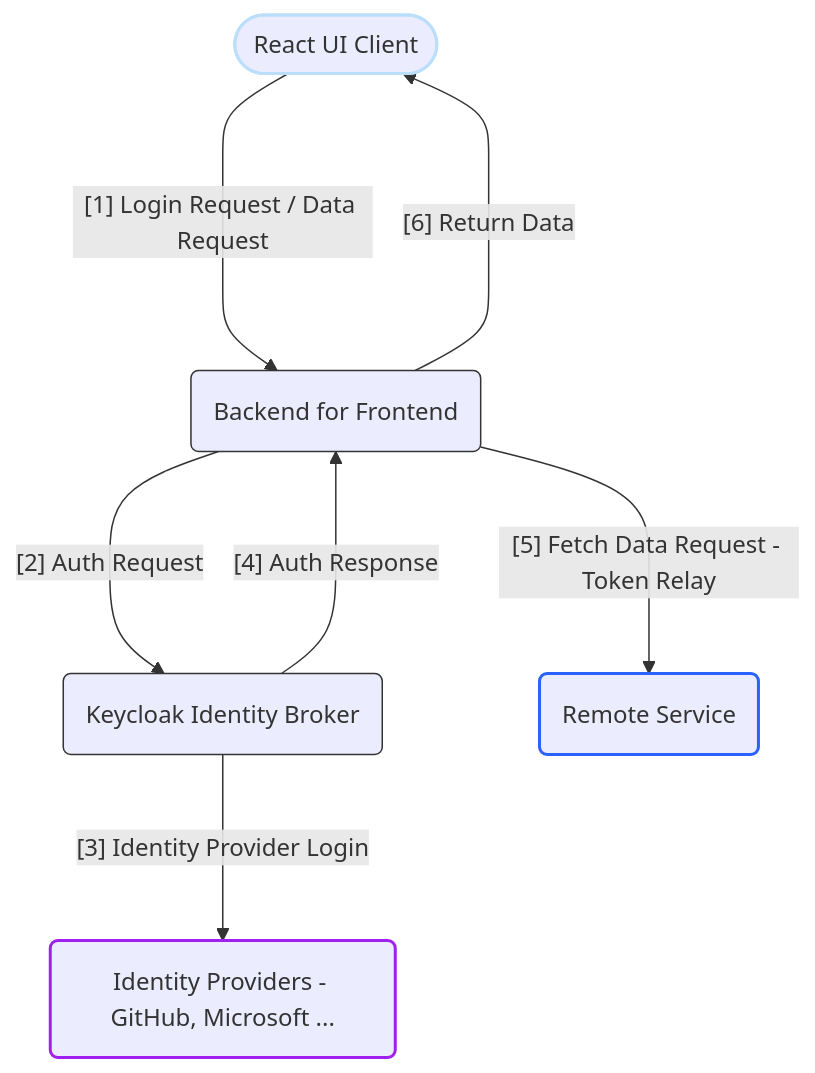
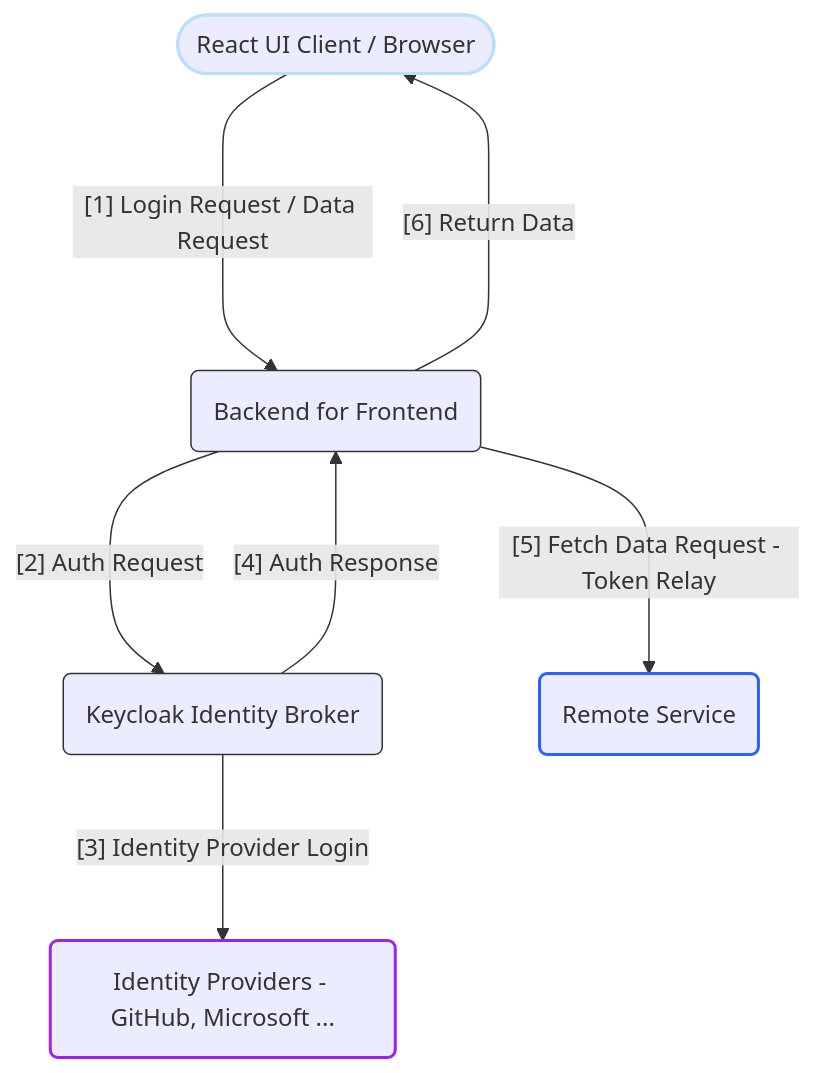
One commit to CynicDog/CynicDog.github.io changed the diagram in _posts/2024-09-26-cloud-native-spring-with-spa-and-key-cloak.md. Above: the diagram before and after it, drawn with Mermaid.

````diff
--- a/_posts/2024-09-26-cloud-native-spring-with-spa-and-key-cloak.md
+++ b/_posts/2024-09-26-cloud-native-spring-with-spa-and-key-cloak.md
@@ -22,21 +22,21 @@
 ```mermaid 
 flowchart TD
-    A([React UI Client]) ----> |"[1] Login Request / Data Request"| B(Backend for Frontend)
+    A([React UI Client / Browser ]) ----> |"[1] Login Request / Data Request"| B(Backend for Frontend)
     B ---> |"[2] Auth Request"| C(Keycloak Identity Broker)
     C ---> |"[3] Identity Provider Login"| D(Identity Providers - GitHub, Microsoft ...)
     C --> |"[4] Auth Response"| B
     B ---> |"[5] Fetch Data Request - Token Relay"| E(Remote Service)
     B --> |"[6] Return Data"| A
 
     classDef container stroke:#333,stroke-width:1px;
     class B,C,E container;
 
     classDef react stroke:#BBDEFB,stroke-width:2px;
     class A react
 
     classDef service stroke:#A020F0,stroke-width:2px;
     class D service
 
     classDef remote stroke:#2962FF,stroke-width:2px;
     class E remote
 ```
````
